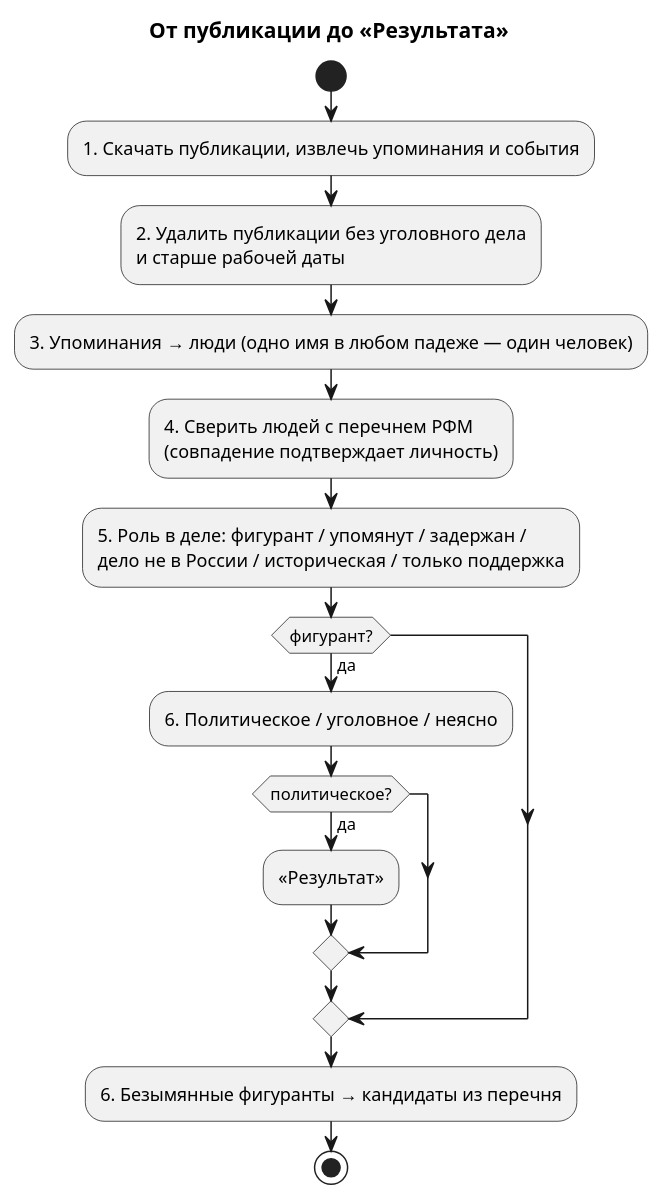
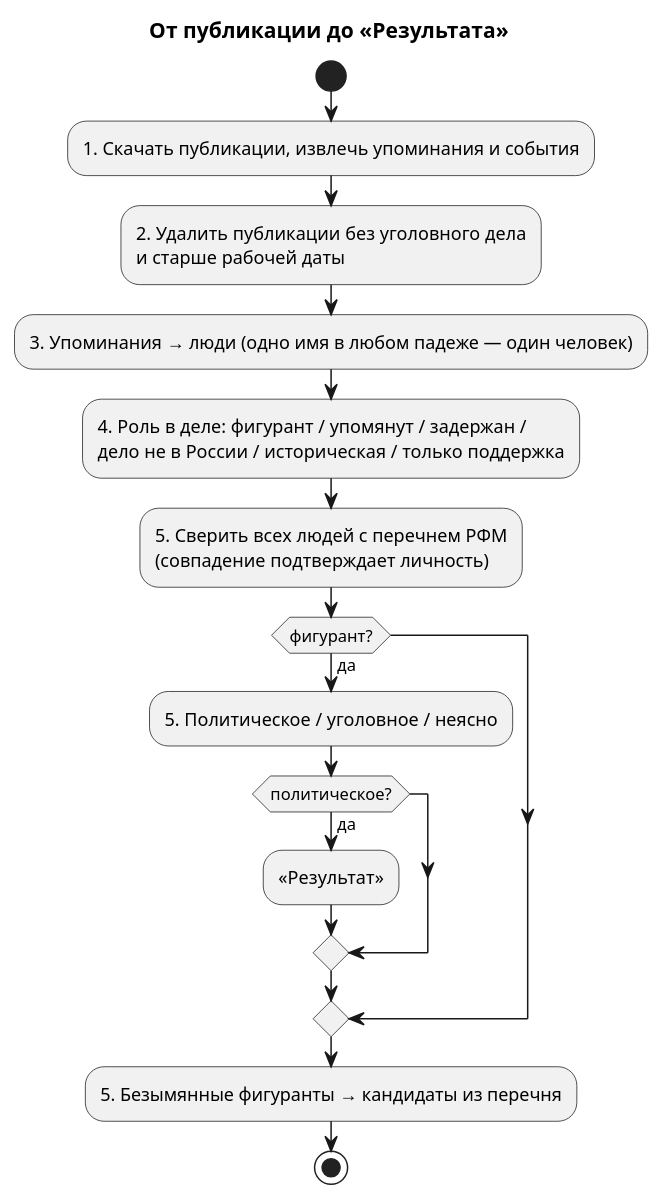
One commit to megannnn98/court-monitor changed the diagram in docs/wiki/Pipeline.md. Above: the diagram before and after it, drawn with PlantUML. The commit also changed other lines of this file and 29 other files, not shown here.

````diff
--- a/docs/wiki/Pipeline.md
+++ b/docs/wiki/Pipeline.md
@@ -48,19 +46,19 @@
 ```plantuml
 @startuml
 title От публикации до «Результата»
 start
 :1. Скачать публикации, извлечь упоминания и события;
 :2. Удалить публикации без уголовного дела\nи старше рабочей даты;
 :3. Упоминания → люди (одно имя в любом падеже — один человек);
-:4. Сверить людей с перечнем РФМ\n(совпадение подтверждает личность);
-:5. Роль в деле: фигурант / упомянут / задержан /\nдело не в России / историческая / только поддержка;
+:4. Роль в деле: фигурант / упомянут / задержан /\nдело не в России / историческая / только поддержка;
+:5. Сверить всех людей с перечнем РФМ\n(совпадение подтверждает личность);
 if (фигурант?) then (да)
-  :6. Политическое / уголовное / неясно;
+  :5. Политическое / уголовное / неясно;
   if (политическое?) then (да)
     :«Результат»;
   endif
 endif
-:6. Безымянные фигуранты → кандидаты из перечня;
+:5. Безымянные фигуранты → кандидаты из перечня;
 stop
 @enduml
 ```
````
